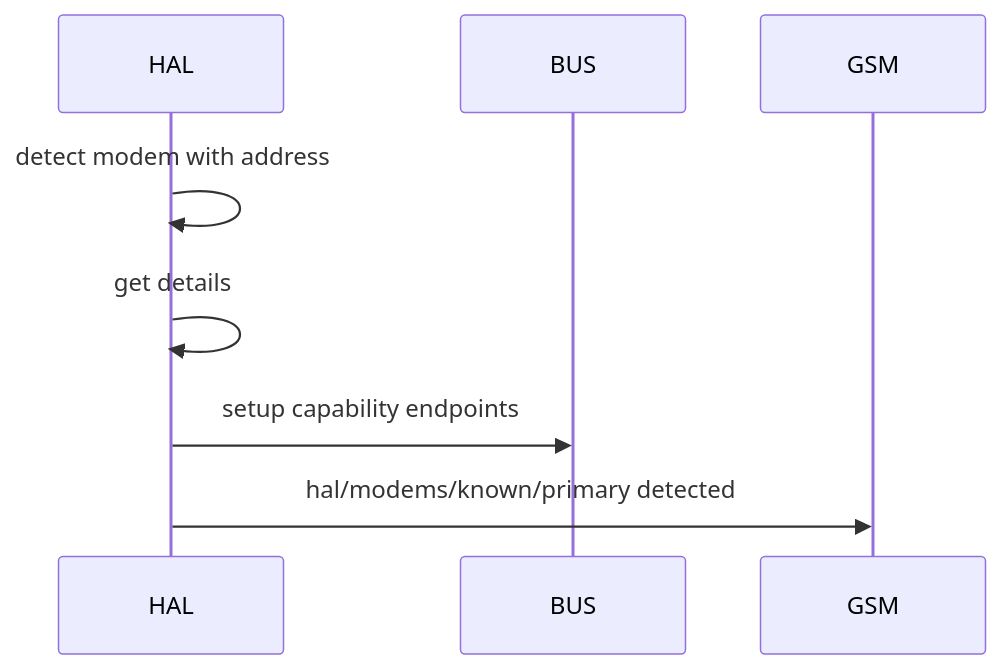
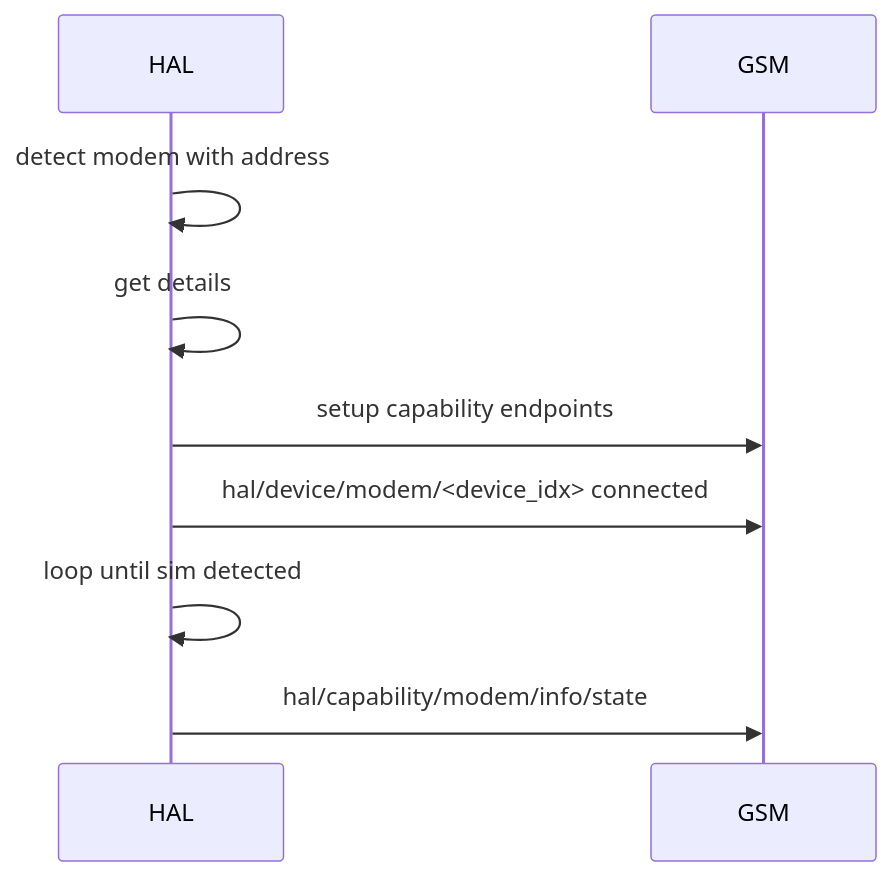
Before and after one commit to jangala-dev/devicecode-lua: the first of 3 diagrams in sprint-docs/hal.md, drawn with Mermaid. The commit also changed other lines of this file and 5 other files, not shown here.

````diff
--- a/sprint-docs/hal.md
+++ b/sprint-docs/hal.md
@@ -60,8 +63,9 @@
 ```mermaid
 sequenceDiagram
     HAL->>HAL: detect modem with address
     HAL->>HAL: get details
-    HAL->>BUS: setup capability endpoints
-    HAL->>GSM: hal/modems/known/primary detected
-
+    HAL->>GSM: setup capability endpoints
+    HAL->>GSM: hal/device/modem/<device_idx> connected
+    HAL->>HAL: loop until sim detected
+    HAL->>GSM: hal/capability/modem/info/state
 ```
````
